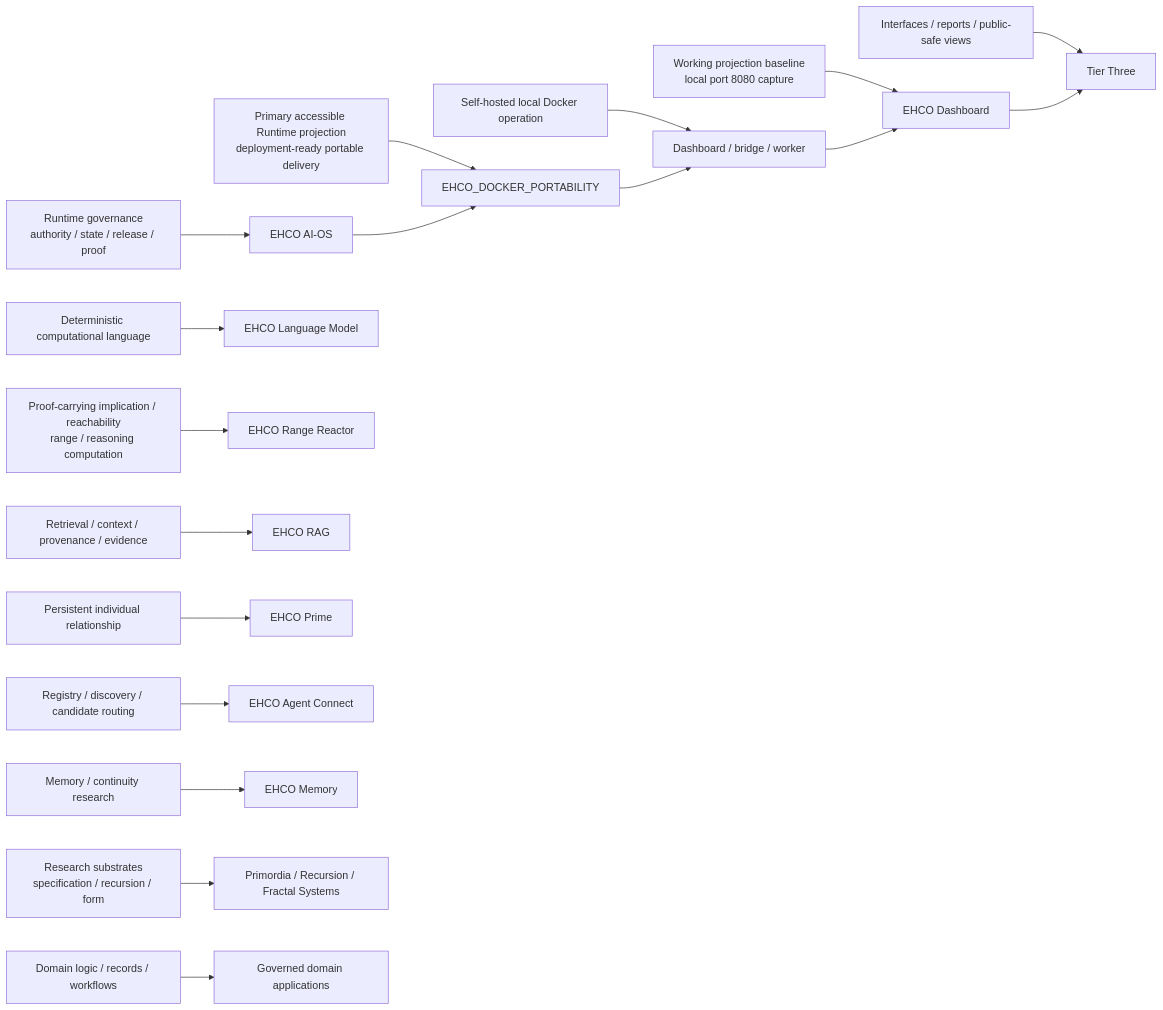
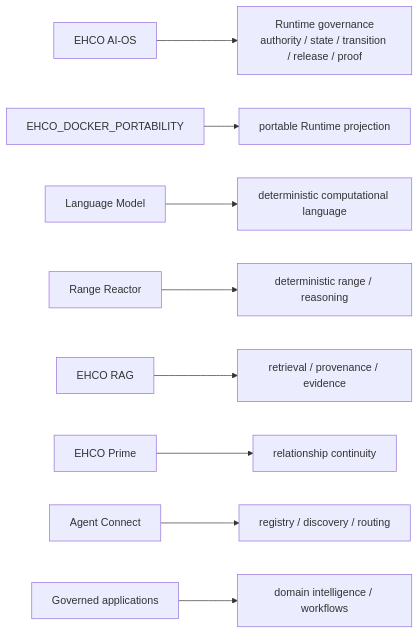
The second of 4 diagrams in architecture/diagrams/README.md (EHCOnomics-Systems/EHCOsystem), drawn with Mermaid before and after one commit. The commit also changed other lines of this file, not shown here.

Commit message:
Make architecture diagrams current and resting-state durable

````diff
--- a/architecture/diagrams/README.md
+++ b/architecture/diagrams/README.md
@@ -47,21 +43,11 @@
 ```mermaid
 flowchart LR
-    R[Runtime governance<br/>authority / state / release / proof] --> AIOS[EHCO AI-OS]
-    RP[Primary accessible Runtime projection<br/>deployment-ready portable delivery] --> DP[EHCO_DOCKER_PORTABILITY]
-    LO[Self-hosted local Docker operation] --> LOCAL[Dashboard / bridge / worker]
-    V[Working projection baseline<br/>local port 8080 capture] --> DASH[EHCO Dashboard]
-    L[Deterministic computational language] --> LM[EHCO Language Model]
-    Q[Proof-carrying implication / reachability<br/>range / reasoning computation] --> RR[EHCO Range Reactor]
-    E[Retrieval / context / provenance / evidence] --> RAG[EHCO RAG]
-    P[Persistent individual relationship] --> PRIME[EHCO Prime]
-    C[Registry / discovery / candidate routing] --> AC[EHCO Agent Connect]
-    M[Memory / continuity research] --> MEM[EHCO Memory]
-    RF[Research substrates<br/>specification / recursion / form] --> RES[Primordia / Recursion / Fractal Systems]
-    DA[Domain logic / records / workflows] --> APPS[Governed domain applications]
-    T[Interfaces / reports / public-safe views] --> T3[Tier Three]
-
-    AIOS --> DP
-    DP --> LOCAL
-    LOCAL --> DASH
-    DASH --> T3
+    AIOS[EHCO AI-OS] --> RG[Runtime governance<br/>authority / state / transition / release / proof]
+    DP[EHCO_DOCKER_PORTABILITY] --> PORT[portable Runtime projection]
+    LM[Language Model] --> LANG[deterministic computational language]
+    RR[Range Reactor] --> RANGE[deterministic range / reasoning]
+    RAG[EHCO RAG] --> RET[retrieval / provenance / evidence]
+    PRIME[EHCO Prime] --> REL[relationship continuity]
+    AC[Agent Connect] --> COORD[registry / discovery / routing]
+    APPS[Governed applications] --> DOM[domain intelligence / workflows]
 ```
````
